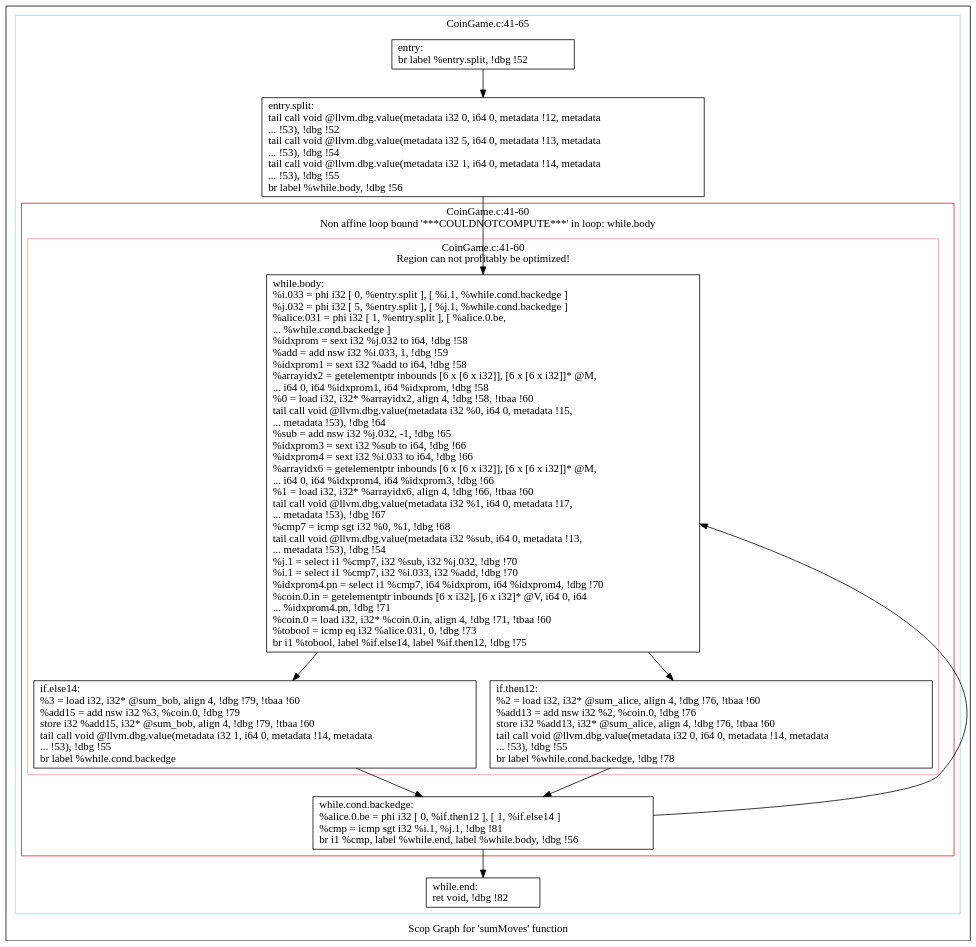
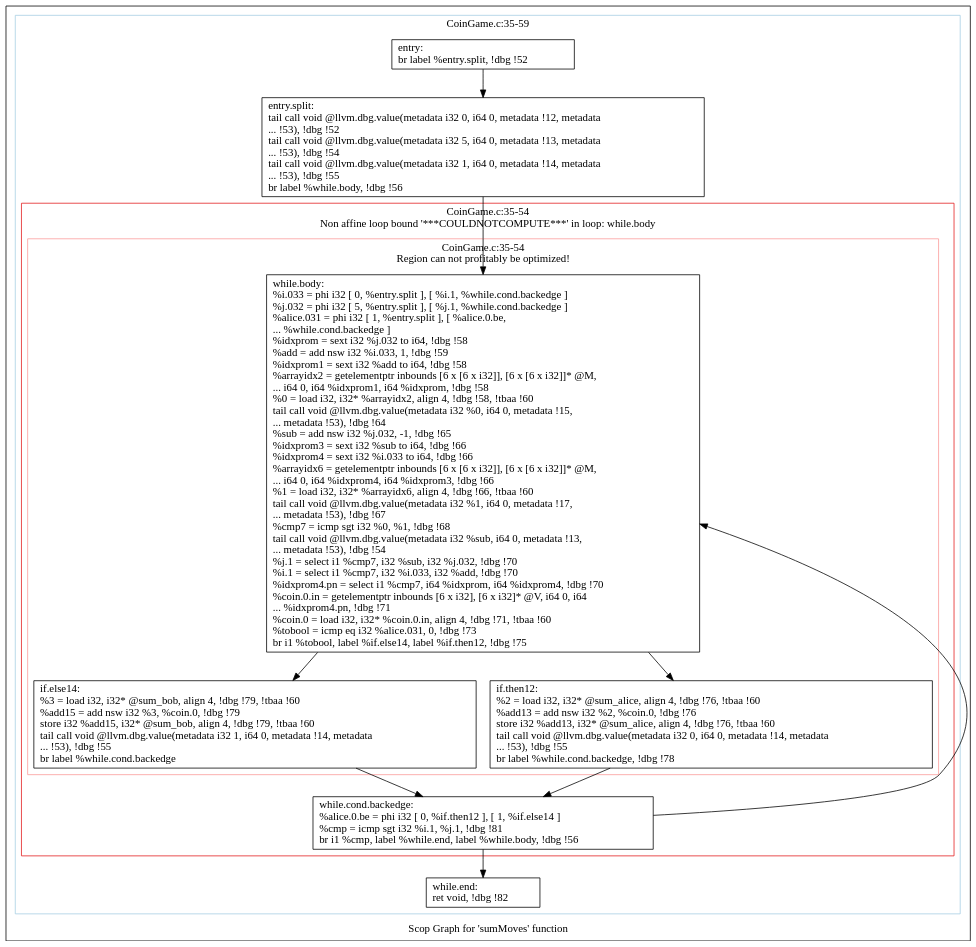
One commit to samminweng/WhileyOpenCL changed the diagram in polly/CoinGame/impl/handwritten/dot/scops.sumMoves.dot. Above: the diagram before and after it, drawn with Graphviz. The commit also changed 24 other files, not shown here.

```diff
--- a/polly/CoinGame/impl/handwritten/dot/scops.sumMoves.dot
+++ b/polly/CoinGame/impl/handwritten/dot/scops.sumMoves.dot
@@ -1,45 +1,45 @@
 digraph "Scop Graph for 'sumMoves' function" {
 	label="Scop Graph for 'sumMoves' function";
 
-	Node0x93ca370 [shape=record,label="{entry:\l  br label %entry.split, !dbg !52\l}"];
-	Node0x93ca370 -> Node0x94715f0;
-	Node0x94715f0 [shape=record,label="{entry.split:                                      \l  tail call void @llvm.dbg.value(metadata i32 0, i64 0, metadata !12, metadata\l... !53), !dbg !52\l  tail call void @llvm.dbg.value(metadata i32 5, i64 0, metadata !13, metadata\l... !53), !dbg !54\l  tail call void @llvm.dbg.value(metadata i32 1, i64 0, metadata !14, metadata\l... !53), !dbg !55\l  br label %while.body, !dbg !56\l}"];
-	Node0x94715f0 -> Node0x94777e0;
-	Node0x94777e0 [shape=record,label="{while.body:                                       \l  %i.033 = phi i32 [ 0, %entry.split ], [ %i.1, %while.cond.backedge ]\l  %j.032 = phi i32 [ 5, %entry.split ], [ %j.1, %while.cond.backedge ]\l  %alice.031 = phi i32 [ 1, %entry.split ], [ %alice.0.be,\l... %while.cond.backedge ]\l  %idxprom = sext i32 %j.032 to i64, !dbg !58\l  %add = add nsw i32 %i.033, 1, !dbg !59\l  %idxprom1 = sext i32 %add to i64, !dbg !58\l  %arrayidx2 = getelementptr inbounds [6 x [6 x i32]], [6 x [6 x i32]]* @M,\l... i64 0, i64 %idxprom1, i64 %idxprom, !dbg !58\l  %0 = load i32, i32* %arrayidx2, align 4, !dbg !58, !tbaa !60\l  tail call void @llvm.dbg.value(metadata i32 %0, i64 0, metadata !15,\l... metadata !53), !dbg !64\l  %sub = add nsw i32 %j.032, -1, !dbg !65\l  %idxprom3 = sext i32 %sub to i64, !dbg !66\l  %idxprom4 = sext i32 %i.033 to i64, !dbg !66\l  %arrayidx6 = getelementptr inbounds [6 x [6 x i32]], [6 x [6 x i32]]* @M,\l... i64 0, i64 %idxprom4, i64 %idxprom3, !dbg !66\l  %1 = load i32, i32* %arrayidx6, align 4, !dbg !66, !tbaa !60\l  tail call void @llvm.dbg.value(metadata i32 %1, i64 0, metadata !17,\l... metadata !53), !dbg !67\l  %cmp7 = icmp sgt i32 %0, %1, !dbg !68\l  tail call void @llvm.dbg.value(metadata i32 %sub, i64 0, metadata !13,\l... metadata !53), !dbg !54\l  %j.1 = select i1 %cmp7, i32 %sub, i32 %j.032, !dbg !70\l  %i.1 = select i1 %cmp7, i32 %i.033, i32 %add, !dbg !70\l  %idxprom4.pn = select i1 %cmp7, i64 %idxprom, i64 %idxprom4, !dbg !70\l  %coin.0.in = getelementptr inbounds [6 x i32], [6 x i32]* @V, i64 0, i64\l... %idxprom4.pn, !dbg !71\l  %coin.0 = load i32, i32* %coin.0.in, align 4, !dbg !71, !tbaa !60\l  %tobool = icmp eq i32 %alice.031, 0, !dbg !73\l  br i1 %tobool, label %if.else14, label %if.then12, !dbg !75\l}"];
-	Node0x94777e0 -> Node0x93c2710;
-	Node0x94777e0 -> Node0x93ebe20;
-	Node0x93c2710 [shape=record,label="{if.else14:                                        \l  %3 = load i32, i32* @sum_bob, align 4, !dbg !79, !tbaa !60\l  %add15 = add nsw i32 %3, %coin.0, !dbg !79\l  store i32 %add15, i32* @sum_bob, align 4, !dbg !79, !tbaa !60\l  tail call void @llvm.dbg.value(metadata i32 1, i64 0, metadata !14, metadata\l... !53), !dbg !55\l  br label %while.cond.backedge\l}"];
-	Node0x93c2710 -> Node0x93c5ec0;
-	Node0x93c5ec0 [shape=record,label="{while.cond.backedge:                              \l  %alice.0.be = phi i32 [ 0, %if.then12 ], [ 1, %if.else14 ]\l  %cmp = icmp sgt i32 %i.1, %j.1, !dbg !81\l  br i1 %cmp, label %while.end, label %while.body, !dbg !56\l}"];
-	Node0x93c5ec0 -> Node0x93c7150;
-	Node0x93c5ec0 -> Node0x94777e0[constraint=false];
-	Node0x93c7150 [shape=record,label="{while.end:                                        \l  ret void, !dbg !82\l}"];
-	Node0x93ebe20 [shape=record,label="{if.then12:                                        \l  %2 = load i32, i32* @sum_alice, align 4, !dbg !76, !tbaa !60\l  %add13 = add nsw i32 %2, %coin.0, !dbg !76\l  store i32 %add13, i32* @sum_alice, align 4, !dbg !76, !tbaa !60\l  tail call void @llvm.dbg.value(metadata i32 0, i64 0, metadata !14, metadata\l... !53), !dbg !55\l  br label %while.cond.backedge, !dbg !78\l}"];
-	Node0x93ebe20 -> Node0x93c5ec0;
+	Node0x9187f60 [shape=record,label="{entry:\l  br label %entry.split, !dbg !52\l}"];
+	Node0x9187f60 -> Node0x9183280;
+	Node0x9183280 [shape=record,label="{entry.split:                                      \l  tail call void @llvm.dbg.value(metadata i32 0, i64 0, metadata !12, metadata\l... !53), !dbg !52\l  tail call void @llvm.dbg.value(metadata i32 5, i64 0, metadata !13, metadata\l... !53), !dbg !54\l  tail call void @llvm.dbg.value(metadata i32 1, i64 0, metadata !14, metadata\l... !53), !dbg !55\l  br label %while.body, !dbg !56\l}"];
+	Node0x9183280 -> Node0x921fc10;
+	Node0x921fc10 [shape=record,label="{while.body:                                       \l  %i.033 = phi i32 [ 0, %entry.split ], [ %i.1, %while.cond.backedge ]\l  %j.032 = phi i32 [ 5, %entry.split ], [ %j.1, %while.cond.backedge ]\l  %alice.031 = phi i32 [ 1, %entry.split ], [ %alice.0.be,\l... %while.cond.backedge ]\l  %idxprom = sext i32 %j.032 to i64, !dbg !58\l  %add = add nsw i32 %i.033, 1, !dbg !59\l  %idxprom1 = sext i32 %add to i64, !dbg !58\l  %arrayidx2 = getelementptr inbounds [6 x [6 x i32]], [6 x [6 x i32]]* @M,\l... i64 0, i64 %idxprom1, i64 %idxprom, !dbg !58\l  %0 = load i32, i32* %arrayidx2, align 4, !dbg !58, !tbaa !60\l  tail call void @llvm.dbg.value(metadata i32 %0, i64 0, metadata !15,\l... metadata !53), !dbg !64\l  %sub = add nsw i32 %j.032, -1, !dbg !65\l  %idxprom3 = sext i32 %sub to i64, !dbg !66\l  %idxprom4 = sext i32 %i.033 to i64, !dbg !66\l  %arrayidx6 = getelementptr inbounds [6 x [6 x i32]], [6 x [6 x i32]]* @M,\l... i64 0, i64 %idxprom4, i64 %idxprom3, !dbg !66\l  %1 = load i32, i32* %arrayidx6, align 4, !dbg !66, !tbaa !60\l  tail call void @llvm.dbg.value(metadata i32 %1, i64 0, metadata !17,\l... metadata !53), !dbg !67\l  %cmp7 = icmp sgt i32 %0, %1, !dbg !68\l  tail call void @llvm.dbg.value(metadata i32 %sub, i64 0, metadata !13,\l... metadata !53), !dbg !54\l  %j.1 = select i1 %cmp7, i32 %sub, i32 %j.032, !dbg !70\l  %i.1 = select i1 %cmp7, i32 %i.033, i32 %add, !dbg !70\l  %idxprom4.pn = select i1 %cmp7, i64 %idxprom, i64 %idxprom4, !dbg !70\l  %coin.0.in = getelementptr inbounds [6 x i32], [6 x i32]* @V, i64 0, i64\l... %idxprom4.pn, !dbg !71\l  %coin.0 = load i32, i32* %coin.0.in, align 4, !dbg !71, !tbaa !60\l  %tobool = icmp eq i32 %alice.031, 0, !dbg !73\l  br i1 %tobool, label %if.else14, label %if.then12, !dbg !75\l}"];
+	Node0x921fc10 -> Node0x9238880;
+	Node0x921fc10 -> Node0x91a0150;
+	Node0x9238880 [shape=record,label="{if.else14:                                        \l  %3 = load i32, i32* @sum_bob, align 4, !dbg !79, !tbaa !60\l  %add15 = add nsw i32 %3, %coin.0, !dbg !79\l  store i32 %add15, i32* @sum_bob, align 4, !dbg !79, !tbaa !60\l  tail call void @llvm.dbg.value(metadata i32 1, i64 0, metadata !14, metadata\l... !53), !dbg !55\l  br label %while.cond.backedge\l}"];
+	Node0x9238880 -> Node0x9171170;
+	Node0x9171170 [shape=record,label="{while.cond.backedge:                              \l  %alice.0.be = phi i32 [ 0, %if.then12 ], [ 1, %if.else14 ]\l  %cmp = icmp sgt i32 %i.1, %j.1, !dbg !81\l  br i1 %cmp, label %while.end, label %while.body, !dbg !56\l}"];
+	Node0x9171170 -> Node0x9176fc0;
+	Node0x9171170 -> Node0x921fc10[constraint=false];
+	Node0x9176fc0 [shape=record,label="{while.end:                                        \l  ret void, !dbg !82\l}"];
+	Node0x91a0150 [shape=record,label="{if.then12:                                        \l  %2 = load i32, i32* @sum_alice, align 4, !dbg !76, !tbaa !60\l  %add13 = add nsw i32 %2, %coin.0, !dbg !76\l  store i32 %add13, i32* @sum_alice, align 4, !dbg !76, !tbaa !60\l  tail call void @llvm.dbg.value(metadata i32 0, i64 0, metadata !14, metadata\l... !53), !dbg !55\l  br label %while.cond.backedge, !dbg !78\l}"];
+	Node0x91a0150 -> Node0x9171170;
 	colorscheme = "paired12"
-        subgraph cluster_0x93caef0 {
-          label = "CoinGame.c:41-65
+        subgraph cluster_0x917c5c0 {
+          label = "CoinGame.c:35-59
 ";
           style = solid;
           color = 1
-          subgraph cluster_0x93c1dd0 {
-            label = "CoinGame.c:41-60
+          subgraph cluster_0x91a0490 {
+            label = "CoinGame.c:35-54
 Non affine loop bound '***COULDNOTCOMPUTE***' in loop: while.body";
             style = solid;
             color = 6
-            subgraph cluster_0x93dafd0 {
-              label = "CoinGame.c:41-60
+            subgraph cluster_0x918f320 {
+              label = "CoinGame.c:35-54
 Region can not profitably be optimized!";
               style = solid;
               color = 5
-              Node0x94777e0;
-              Node0x93c2710;
-              Node0x93ebe20;
+              Node0x921fc10;
+              Node0x9238880;
+              Node0x91a0150;
             }
-            Node0x93c5ec0;
+            Node0x9171170;
           }
-          Node0x93ca370;
-          Node0x94715f0;
-          Node0x93c7150;
+          Node0x9187f60;
+          Node0x9183280;
+          Node0x9176fc0;
         }
 }
```
